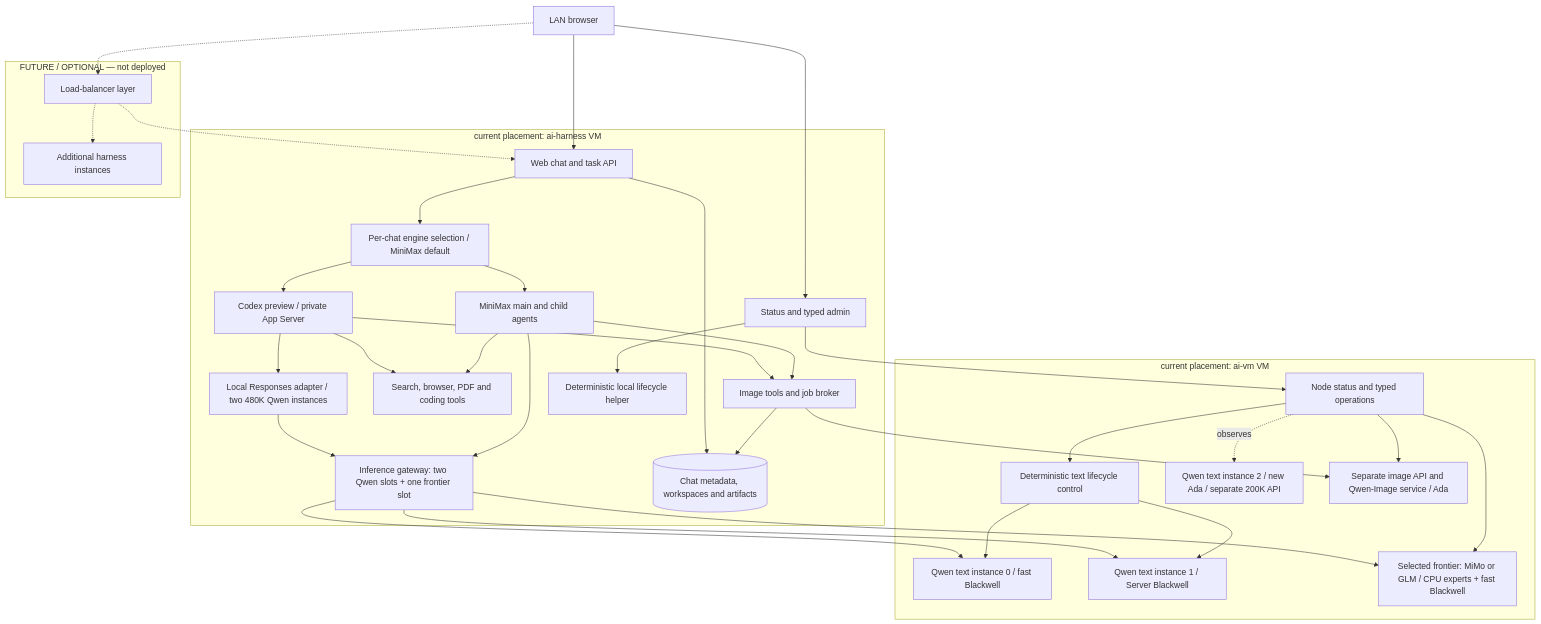
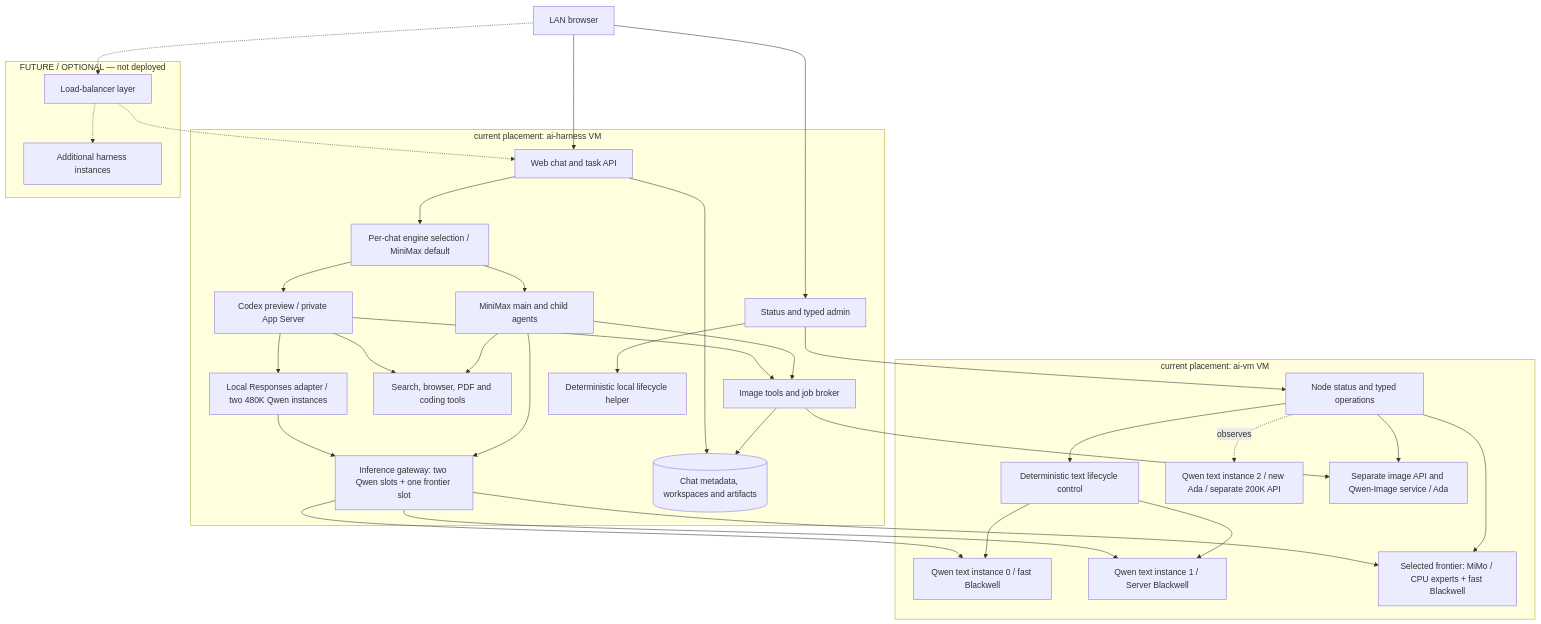
One commit to djeZo888/mixed-memory-llm-api-server changed the diagram in README.md. Above: the diagram before and after it, drawn with Mermaid. The commit also changed other lines of this file and 6 other files, not shown here.

````diff
--- a/README.md
+++ b/README.md
@@ -62,59 +52,59 @@
 ```mermaid
 flowchart TB
     User["LAN browser"]
     subgraph H["current placement: ai-harness VM"]
         Web["Web chat and task API"]
         Engines["Per-chat engine selection / MiniMax default"]
         Agent["MiniMax main and child agents"]
         Codex["Codex preview / private App Server"]
         Responses["Local Responses adapter / two 480K Qwen instances"]
         Tools["Search, browser, PDF and coding tools"]
         Gateway["Inference gateway: two Qwen slots + one frontier slot"]
         ImageJobs["Image tools and job broker"]
         Data[("Chat metadata, workspaces and artifacts")]
         Status["Status and typed admin"]
         Helper["Deterministic local lifecycle helper"]
     end
     subgraph M["current placement: ai-vm VM"]
         Node["Node status and typed operations"]
         Control["Deterministic text lifecycle control"]
         Q0["Qwen text instance 0 / fast Blackwell"]
         Q1["Qwen text instance 1 / Server Blackwell"]
         Q2["Qwen text instance 2 / new Ada / separate 200K API"]
-        Frontier["Selected frontier: MiMo or GLM / CPU experts + fast Blackwell"]
+        Frontier["Selected frontier: MiMo / CPU experts + fast Blackwell"]
         Image["Separate image API and Qwen-Image service / Ada"]
     end
     subgraph Future["FUTURE / OPTIONAL — not deployed"]
         LB["Load-balancer layer"]
         Replicas["Additional harness instances"]
     end
     User --> Web
     User --> Status
     Web --> Engines
     Engines --> Agent
     Engines --> Codex
     Codex --> Responses
     Responses --> Gateway
     Codex --> Tools
     Codex --> ImageJobs
     Web --> Data
     Agent --> Tools
     Agent --> Gateway
     Agent --> ImageJobs
     ImageJobs --> Data
     Gateway --> Q0
     Gateway --> Q1
     Gateway --> Frontier
     ImageJobs --> Image
     Status --> Node
     Status --> Helper
     Node --> Control
     Node --> Image
     Node --> Frontier
     Node -. observes .-> Q2
     Control --> Q0
     Control --> Q1
     User -.-> LB
     LB -.-> Web
     LB -.-> Replicas
 ```
````
